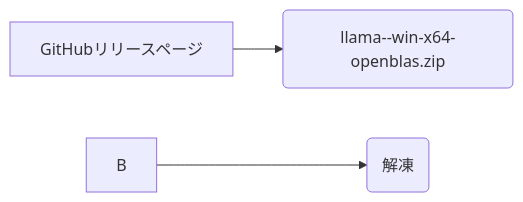
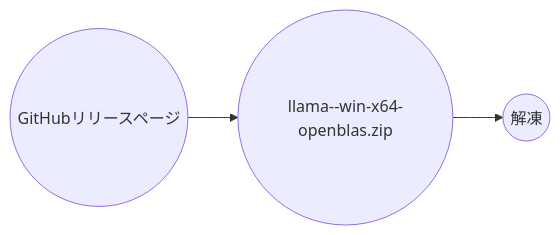
The first of 4 diagrams in README.md (SparklingDetergent/doc_genai_Run_local_LLM_with_Llama.cpp_and_Phi-3_mini), drawn with Mermaid before and after one commit. The commit also changed other lines of this file, not shown here.

````diff
--- a/README.md
+++ b/README.md
@@ -21,5 +21,6 @@
 ```mermaid
 graph LR
-    A[GitHubリリースページ] --> +B(llama-<version>-win-x64-openblas.zip)
-    B --> +C(解凍)
+    A((GitHubリリースページ)) --> B((llama-<version>-win-x64-openblas.zip))
+    B --> C((解凍))
+
 ```
````
